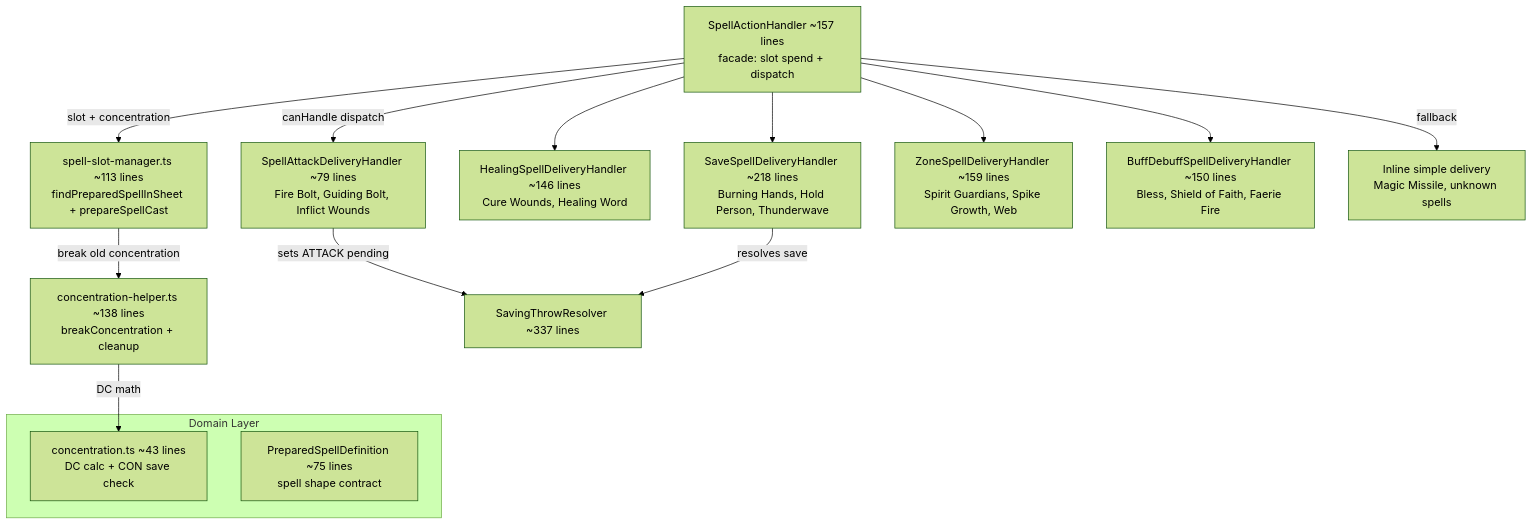
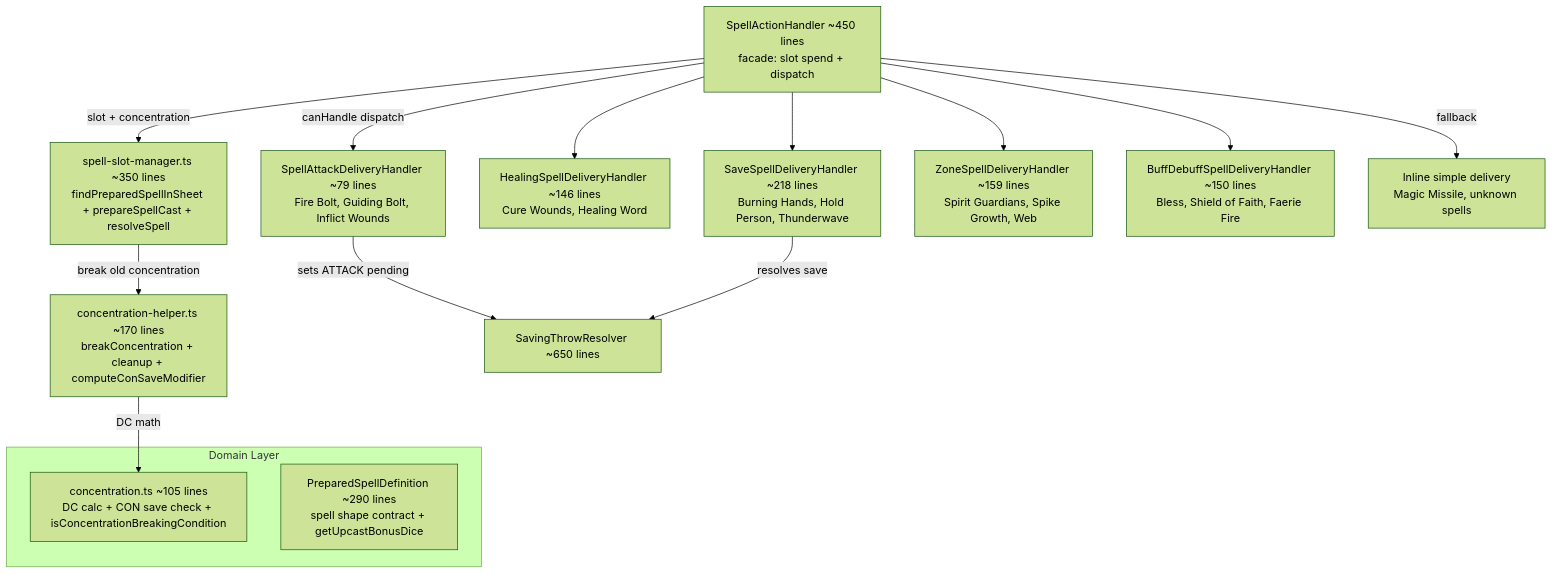
The diagram in .github/instructions/spell-system.instructions.md (mweyamutsvene/DungeonMaster), drawn with Mermaid (forest theme) before and after one commit. The commit also changed other lines of this file and 42 other files, not shown here.

````diff
--- a/.github/instructions/spell-system.instructions.md
+++ b/.github/instructions/spell-system.instructions.md
@@ -19,26 +19,26 @@
 ```mermaid
 flowchart TD
-    SAH[SpellActionHandler ~157 lines<br/>facade: slot spend + dispatch]
-    SSM[spell-slot-manager.ts ~113 lines<br/>findPreparedSpellInSheet + prepareSpellCast]
-    CH[concentration-helper.ts ~138 lines<br/>breakConcentration + cleanup]
+    SAH[SpellActionHandler ~450 lines<br/>facade: slot spend + dispatch]
+    SSM[spell-slot-manager.ts ~350 lines<br/>findPreparedSpellInSheet + prepareSpellCast + resolveSpell]
+    CH[concentration-helper.ts ~170 lines<br/>breakConcentration + cleanup + computeConSaveModifier]
 
     SAH -->|"slot + concentration"| SSM
     SSM -->|"break old concentration"| CH
 
     SAH -->|"canHandle dispatch"| ATK[SpellAttackDeliveryHandler ~79 lines<br/>Fire Bolt, Guiding Bolt, Inflict Wounds]
     SAH --> HEAL[HealingSpellDeliveryHandler ~146 lines<br/>Cure Wounds, Healing Word]
     SAH --> SAVE[SaveSpellDeliveryHandler ~218 lines<br/>Burning Hands, Hold Person, Thunderwave]
     SAH --> ZONE[ZoneSpellDeliveryHandler ~159 lines<br/>Spirit Guardians, Spike Growth, Web]
     SAH --> BUFF[BuffDebuffSpellDeliveryHandler ~150 lines<br/>Bless, Shield of Faith, Faerie Fire]
     SAH -->|"fallback"| SIMPLE[Inline simple delivery<br/>Magic Missile, unknown spells]
 
-    ATK -->|"sets ATTACK pending"| STR[SavingThrowResolver ~337 lines]
+    ATK -->|"sets ATTACK pending"| STR[SavingThrowResolver ~650 lines]
     SAVE -->|"resolves save"| STR
 
     subgraph "Domain Layer"
-      CONC[concentration.ts ~43 lines<br/>DC calc + CON save check]
-      PSD[PreparedSpellDefinition ~75 lines<br/>spell shape contract]
+      CONC[concentration.ts ~105 lines<br/>DC calc + CON save check + isConcentrationBreakingCondition]
+      PSD[PreparedSpellDefinition ~290 lines<br/>spell shape contract + getUpcastBonusDice]
     end
 
     CH -->|"DC math"| CONC
 ```
````
